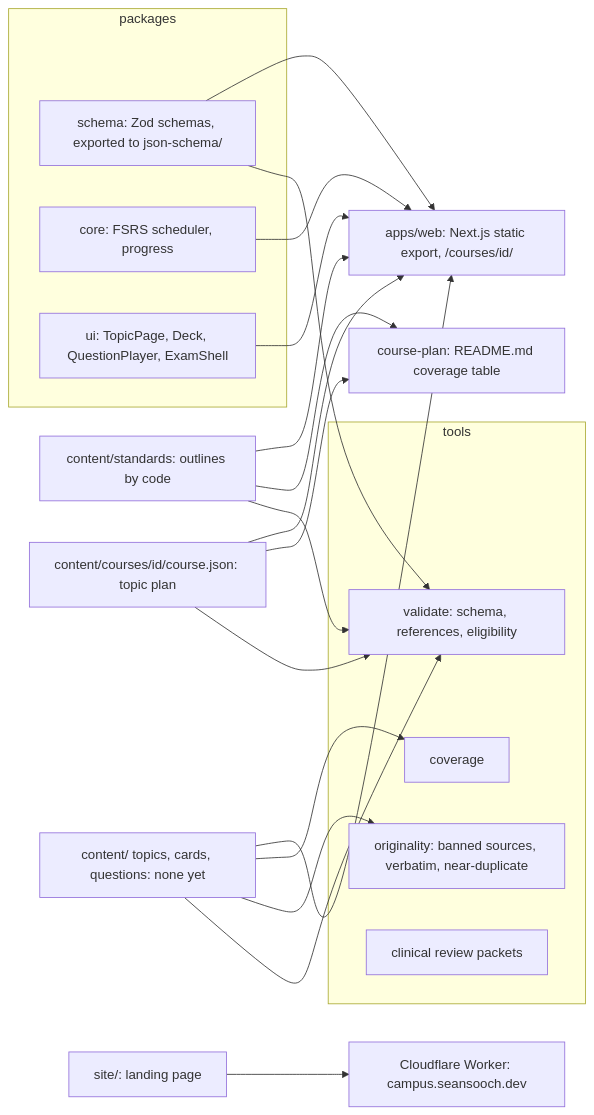
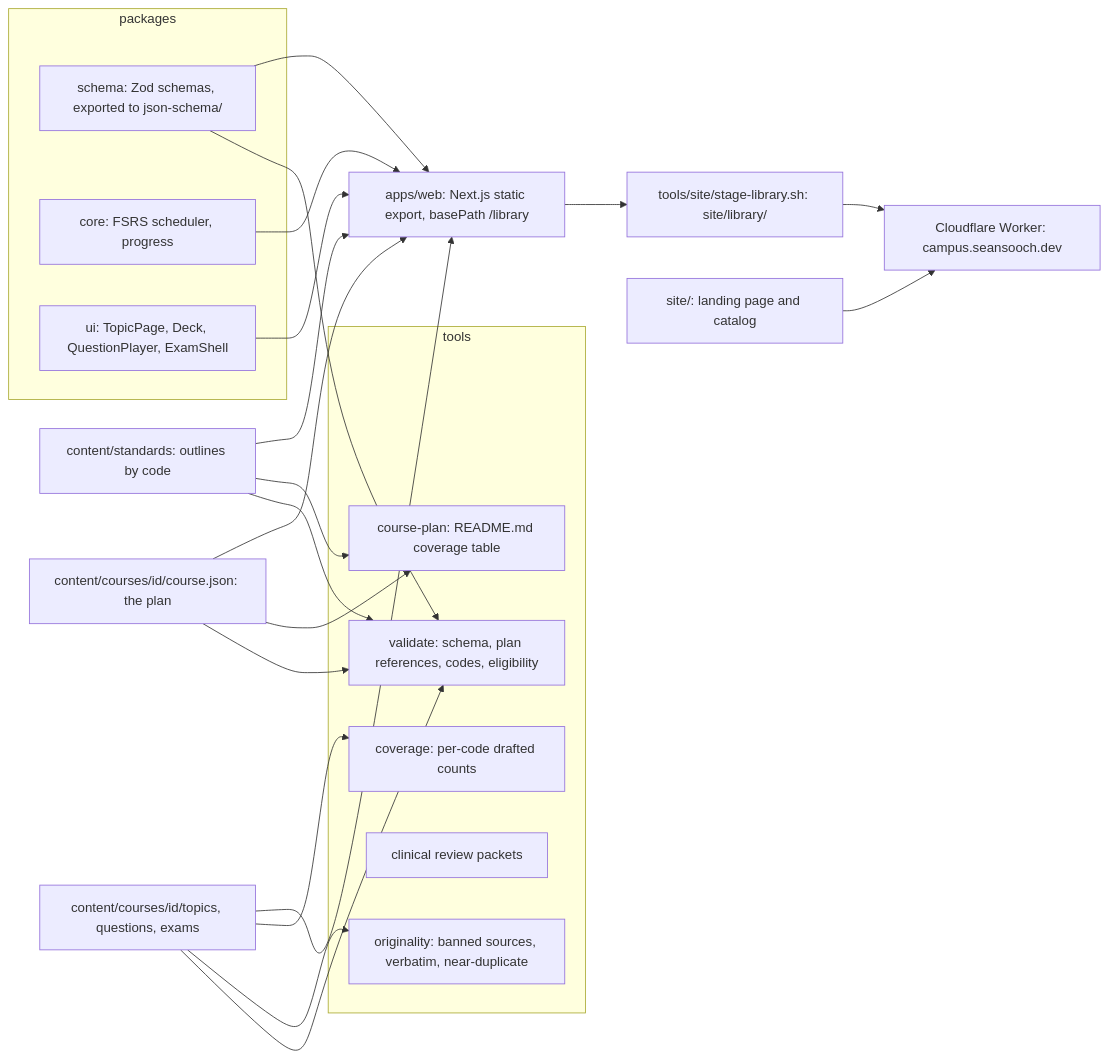
Before and after one commit to seansooch-byte/open-campus: the first of 2 diagrams in ARCHITECTURE.md, drawn with Mermaid. The commit also changed other lines of this file and 87 other files, not shown here.

First line of the commit message:
GE-111 topic 1 drafted and verified; library live at /library/

````diff
--- a/ARCHITECTURE.md
+++ b/ARCHITECTURE.md
@@ -11,29 +13,32 @@
 ```mermaid
 flowchart LR
   subgraph packages
     SC[schema: Zod schemas, exported to json-schema/]
     CO[core: FSRS scheduler, progress]
     UI[ui: TopicPage, Deck, QuestionPlayer, ExamShell]
   end
   subgraph tools
-    VA[validate: schema, references, eligibility]
+    VA[validate: schema, plan references, codes, eligibility]
     OR[originality: banned sources, verbatim, near-duplicate]
-    CV[coverage]
+    CV[coverage: per-code drafted counts]
     CL[clinical review packets]
+    PLAN[course-plan: README.md coverage table]
   end
   STD[content/standards: outlines by code] --> VA
-  COURSE[content/courses/id/course.json: topic plan] --> VA
-  COURSE --> PLAN[course-plan: README.md coverage table]
+  COURSE[content/courses/id/course.json: the plan] --> VA
+  DRAFT[content/courses/id/topics, questions, exams] --> VA
+  DRAFT --> OR
+  DRAFT --> CV
+  COURSE --> PLAN
   STD --> PLAN
-  CONTENT[content/ topics, cards, questions: none yet] --> VA
-  CONTENT --> OR
-  CONTENT --> CV
   SC --> VA
-  SC --> WEB[apps/web: Next.js static export, /courses/id/]
+  SC --> WEB[apps/web: Next.js static export, basePath /library]
+  STD --> WEB
   COURSE --> WEB
-  STD --> WEB
+  DRAFT --> WEB
   CO --> WEB
   UI --> WEB
-  CONTENT --> WEB
-  SITE[site/: landing page] --> WORKER[Cloudflare Worker: campus.seansooch.dev]
+  WEB --> STAGE[tools/site/stage-library.sh: site/library/]
+  SITE[site/: landing page and catalog] --> WORKER[Cloudflare Worker: campus.seansooch.dev]
+  STAGE --> WORKER
 ```
````
